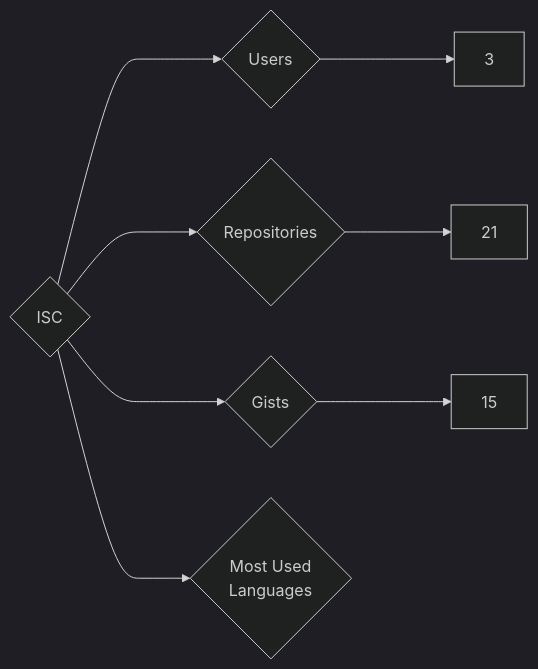
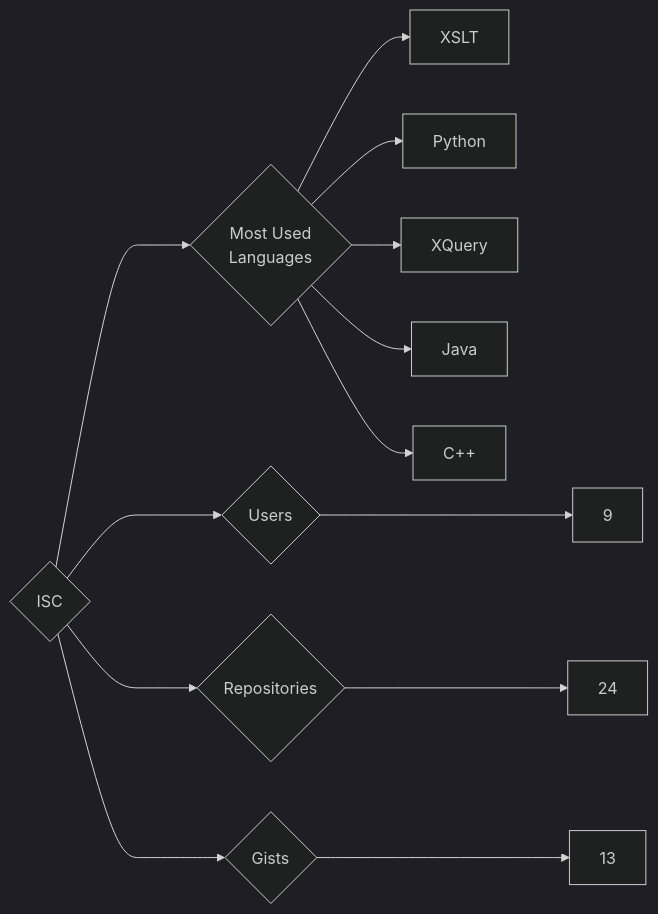
The diagram in targets/ISC/README.md (trickest/insiders), drawn with Mermaid (dark theme) before and after one commit. The commit also changed 888 other files, not shown here.

````diff
--- a/targets/ISC/README.md
+++ b/targets/ISC/README.md
@@ -3,8 +3,13 @@
 ```mermaid
 graph LR
 COMPANY_NAME{ISC}
-COMPANY_NAME ---> U{Users} ---> UN[3]
-COMPANY_NAME ---> R{Repositories} ---> RN[21]
-COMPANY_NAME ---> G{Gists} ---> GN[15]
+COMPANY_NAME ---> U{Users} ---> UN[9]
+COMPANY_NAME ---> R{Repositories} ---> RN[24]
+COMPANY_NAME ---> G{Gists} ---> GN[13]
 COMPANY_NAME ---> ML{Most Used<br>Languages}
+ML --> XSLT[XSLT]
+ML --> Python[Python]
+ML --> XQuery[XQuery]
+ML --> Java[Java]
+ML --> C++[C++]
 ```
````
